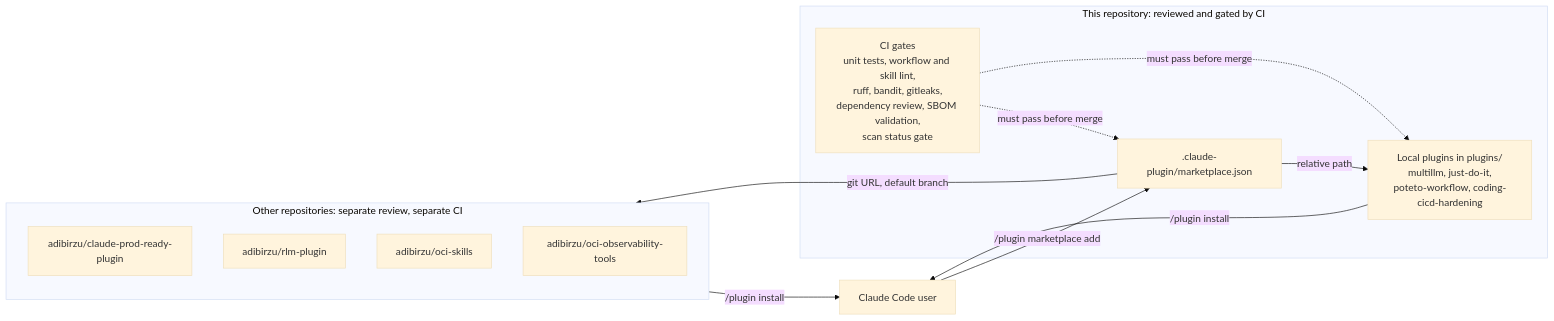
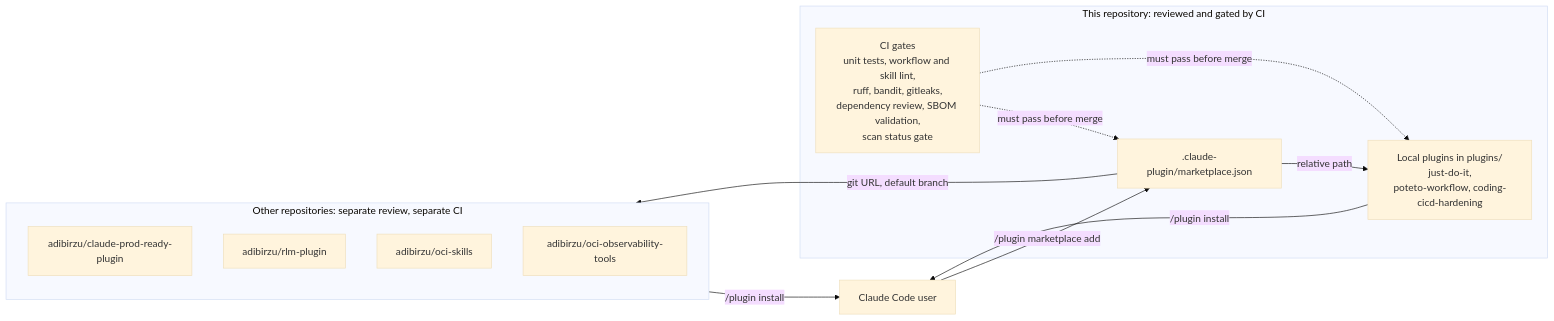
The diagram in README.md (adibirzu/adibirzu-plugins), drawn with Mermaid (base theme) before and after one commit. The commit also changed other lines of this file and 36 other files, not shown here.

````diff
--- a/README.md
+++ b/README.md
@@ -74,24 +69,24 @@
 ```mermaid
 flowchart LR
     user["Claude Code user"] -->|"/plugin marketplace add"| manifest[".claude-plugin/marketplace.json"]
 
     subgraph repo["This repository: reviewed and gated by CI"]
         manifest
-        local["Local plugins in plugins/<br/>multillm, just-do-it,<br/>poteto-workflow, coding-cicd-hardening"]
+        local["Local plugins in plugins/<br/>just-do-it,<br/>poteto-workflow, coding-cicd-hardening"]
         ci["CI gates<br/>unit tests, workflow and skill lint,<br/>ruff, bandit, gitleaks,<br/>dependency review, SBOM validation,<br/>scan status gate"]
         manifest -->|"relative path"| local
         ci -.->|"must pass before merge"| manifest
         ci -.->|"must pass before merge"| local
     end
 
     subgraph remote["Other repositories: separate review, separate CI"]
         r1["adibirzu/claude-prod-ready-plugin"]
         r2["adibirzu/rlm-plugin"]
         r3["adibirzu/oci-skills"]
         r4["adibirzu/oci-observability-tools"]
     end
 
     manifest -->|"git URL, default branch"| remote
     local -->|"/plugin install"| user
     remote -->|"/plugin install"| user
 ```
````
